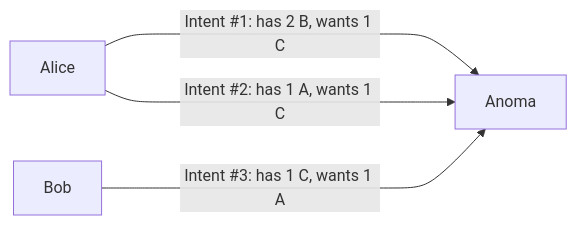
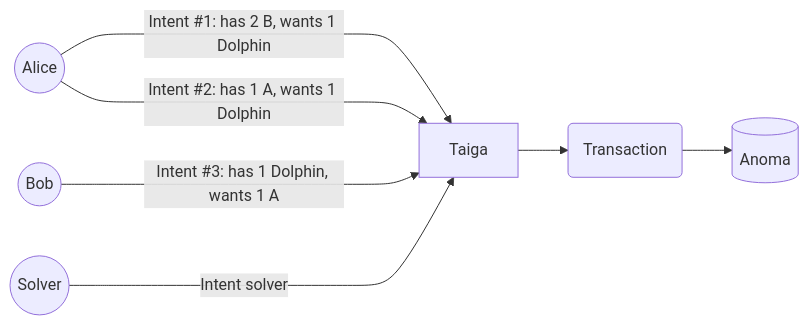
Before and after one commit to anoma/juvix-docs: the first of 2 diagrams in docs/index.md, drawn with Mermaid. The commit also changed other lines of this file and 2 other files, not shown here.

````diff
--- a/docs/index.md
+++ b/docs/index.md
@@ -80,6 +80,9 @@
 ```mermaid
 flowchart LR
-    A[Alice] -- "Intent #1: has 2 B, wants 1 C" ----> B[Anoma]
-    A -- "Intent #2: has 1 A, wants 1 C" ----> B
-    X[Bob] -- "Intent #3: has 1 C, wants 1 A" ----> B
+    A((Alice)) -- "Intent #1: has 2 B, wants 1 Dolphin" ----> B[Taiga]
+    A -- "Intent #2: has 1 A, wants 1 Dolphin" ----> B
+    X((Bob)) -- "Intent #3: has 1 Dolphin, wants 1 A" ----> B
+    Y((Solver)) -- "Intent solver" ----> B
+    B --> Z(Transaction)
+    Z --> O[(Anoma)]
 ```
````
